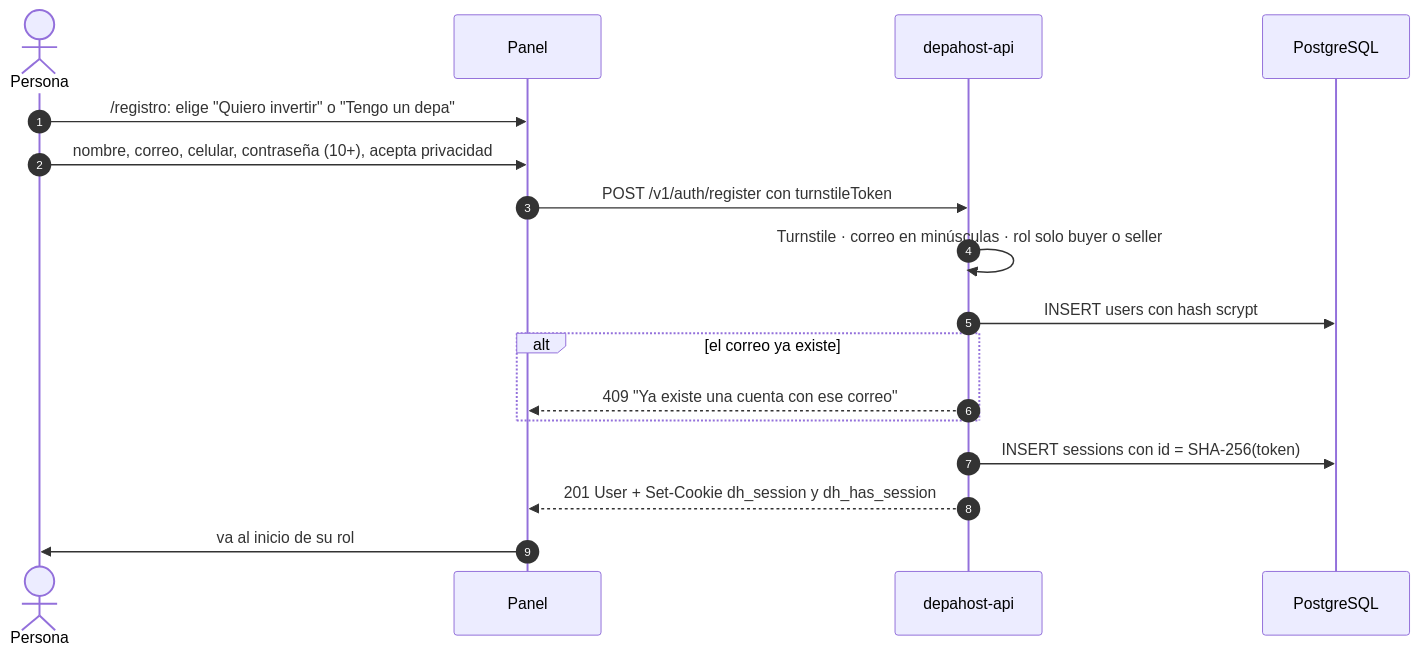
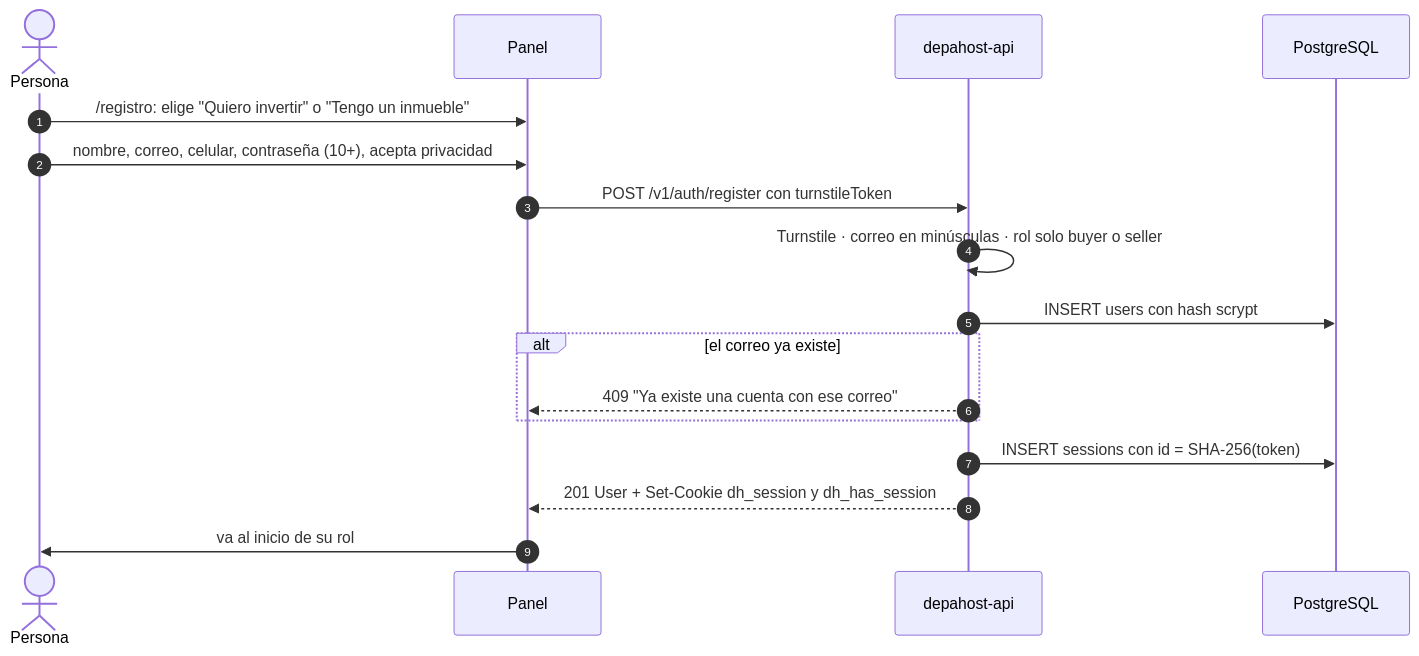
Before and after one commit to samirharrytl/DHC_landing: the fourth of 8 diagrams in docs/plataforma/08-panel-y-cuentas.md, drawn with Mermaid. The commit also changed other lines of this file and 72 other files, not shown here.

````diff
--- a/docs/plataforma/08-panel-y-cuentas.md
+++ b/docs/plataforma/08-panel-y-cuentas.md
@@ -158,20 +158,20 @@
 ```mermaid
 sequenceDiagram
     autonumber
     actor P as Persona
     participant UI as Panel
     participant API as depahost-api
     participant DB as PostgreSQL
 
-    P->>UI: /registro: elige "Quiero invertir" o "Tengo un depa"
+    P->>UI: /registro: elige "Quiero invertir" o "Tengo un inmueble"
     P->>UI: nombre, correo, celular, contraseña (10+), acepta privacidad
     UI->>API: POST /v1/auth/register con turnstileToken
     API->>API: Turnstile · correo en minúsculas · rol solo buyer o seller
     API->>DB: INSERT users con hash scrypt
     alt el correo ya existe
         API-->>UI: 409 "Ya existe una cuenta con ese correo"
     end
     API->>DB: INSERT sessions con id = SHA-256(token)
     API-->>UI: 201 User + Set-Cookie dh_session y dh_has_session
     UI->>P: va al inicio de su rol
 ```
````
